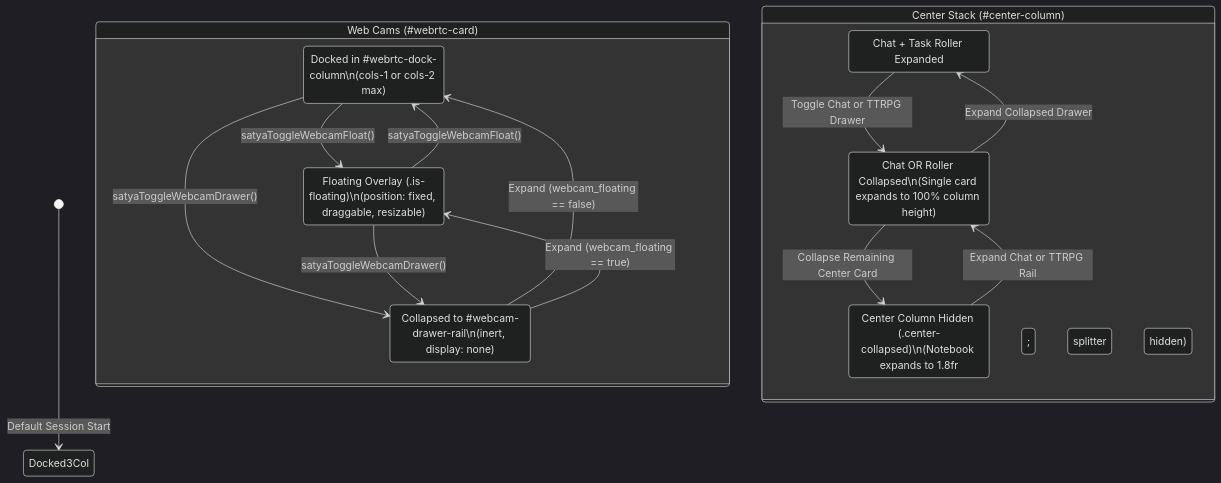
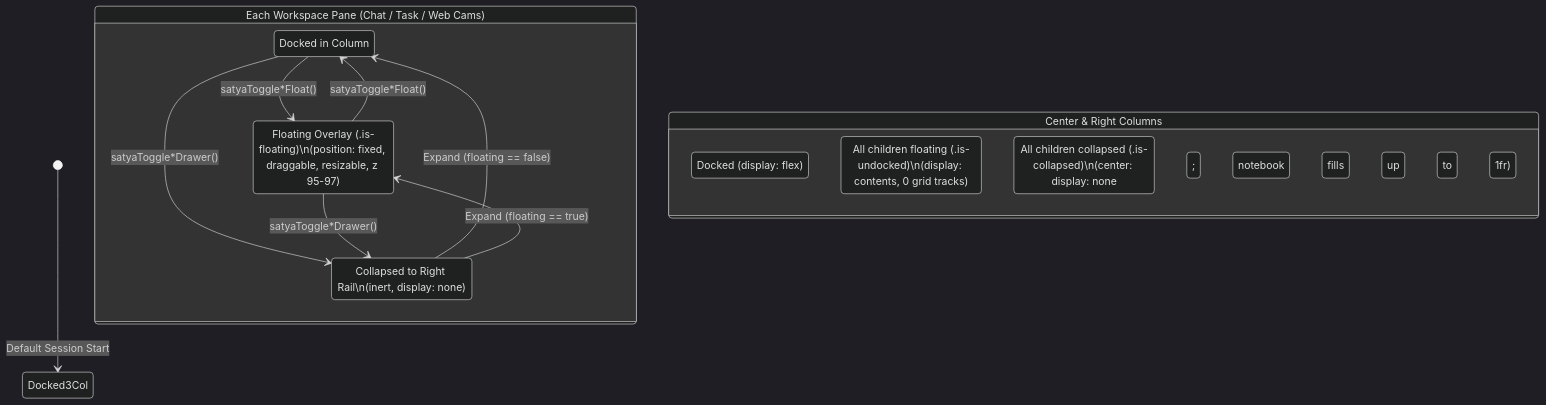
The second of 2 diagrams in docs/technical/satya-web/01-ssr-shell-and-theming.md (rarebreed/satya), drawn with Mermaid (dark theme) before and after one commit. The commit also changed other lines of this file and 12 other files, not shown here.

````diff
--- a/docs/technical/satya-web/01-ssr-shell-and-theming.md
+++ b/docs/technical/satya-web/01-ssr-shell-and-theming.md
@@ -127,28 +127,23 @@
 ```mermaid
 stateDiagram-v2
     [*] --> Docked3Col: Default Session Start
 
-    state "Web Cams (#webrtc-card)" as CamState {
-        CamDocked: Docked in #webrtc-dock-column\n(cols-1 or cols-2 max)
-        CamFloating: Floating Overlay (.is-floating)\n(position: fixed, draggable, resizable)
-        CamCollapsed: Collapsed to #webcam-drawer-rail\n(inert, display: none)
+    state "Each Workspace Pane (Chat / Task / Web Cams)" as PaneState {
+        PaneDocked: Docked in Column
+        PaneFloating: Floating Overlay (.is-floating)\n(position: fixed, draggable, resizable, z 95-97)
+        PaneCollapsed: Collapsed to Right Rail\n(inert, display: none)
 
-        CamDocked --> CamFloating: satyaToggleWebcamFloat()
-        CamFloating --> CamDocked: satyaToggleWebcamFloat()
-        CamDocked --> CamCollapsed: satyaToggleWebcamDrawer()
-        CamFloating --> CamCollapsed: satyaToggleWebcamDrawer()
-        CamCollapsed --> CamDocked: Expand (webcam_floating == false)
-        CamCollapsed --> CamFloating: Expand (webcam_floating == true)
+        PaneDocked --> PaneFloating: satyaToggle*Float()
+        PaneFloating --> PaneDocked: satyaToggle*Float()
+        PaneDocked --> PaneCollapsed: satyaToggle*Drawer()
+        PaneFloating --> PaneCollapsed: satyaToggle*Drawer()
+        PaneCollapsed --> PaneDocked: Expand (floating == false)
+        PaneCollapsed --> PaneFloating: Expand (floating == true)
     }
 
-    state "Center Stack (#center-column)" as CenterState {
-        BothOpen: Chat + Task Roller Expanded
-        OneCollapsed: Chat OR Roller Collapsed\n(Single card expands to 100% column height)
-        BothCollapsed: Center Column Hidden (.center-collapsed)\n(Notebook expands to 1.8fr; splitter hidden)
-
-        BothOpen --> OneCollapsed: Toggle Chat or TTRPG Drawer
-        OneCollapsed --> BothOpen: Expand Collapsed Drawer
-        OneCollapsed --> BothCollapsed: Collapse Remaining Center Card
-        BothCollapsed --> OneCollapsed: Expand Chat or TTRPG Rail
+    state "Center & Right Columns" as ColState {
+        ColDocked: Docked (display: flex)
+        ColUndocked: All children floating (.is-undocked)\n(display: contents, 0 grid tracks)
+        ColCollapsed: All children collapsed (.is-collapsed)\n(center: display: none; notebook fills up to 1fr)
     }
 ```
````
